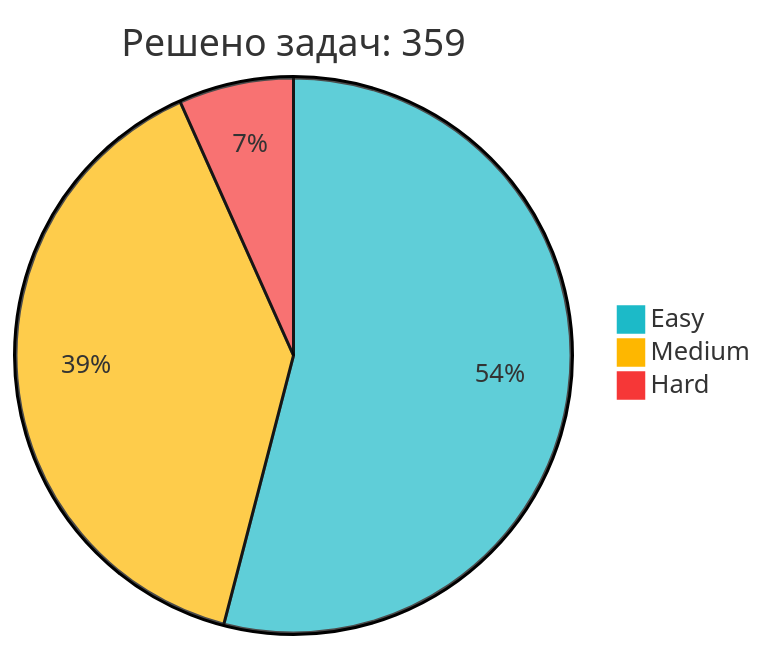
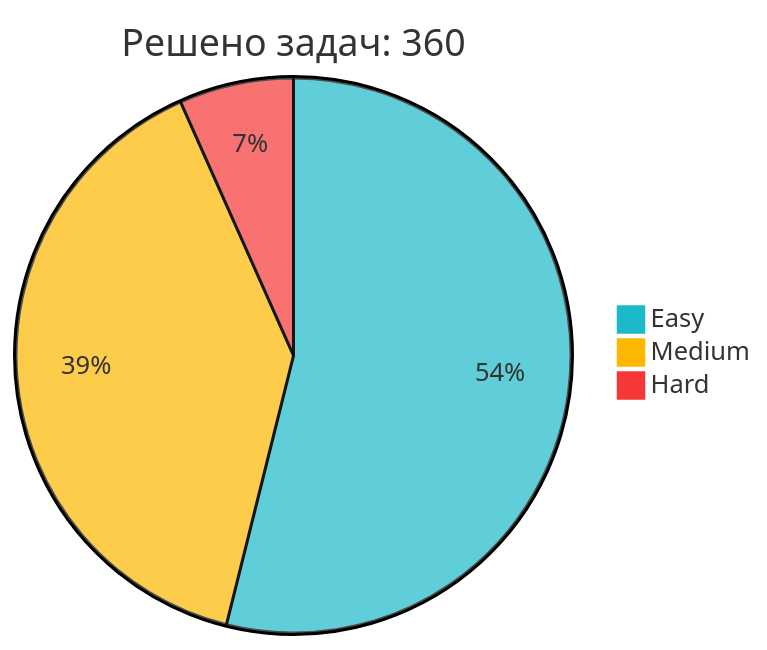
One commit to IliaKurdukov/IliaKurdukov changed the diagram in README.md. Above: the diagram before and after it, drawn with Mermaid. The commit also changed other lines of this file, not shown here.

Commit message:
📈 Обновление статистики LeetCode

````diff
--- a/README.md
+++ b/README.md
@@ -51,7 +51,7 @@
 ```mermaid
 %%{init: {'theme': 'base', 'themeVariables': { 'pie1': '#1CBAC8', 'pie2': '#FEB700', 'pie3': '#F63737' }, 'config': {'width': 300, 'height': 200}}}%%
-pie title Решено задач: 359
+pie title Решено задач: 360
    "Easy" : 194
-   "Medium" : 141
+   "Medium" : 142
    "Hard" : 24
 ```
````
